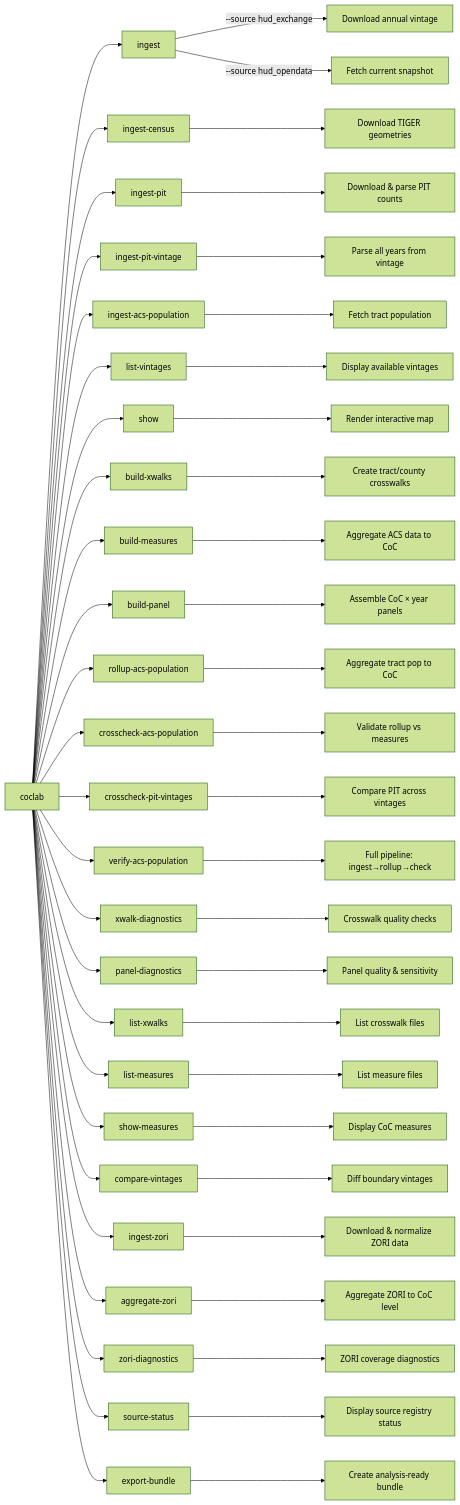
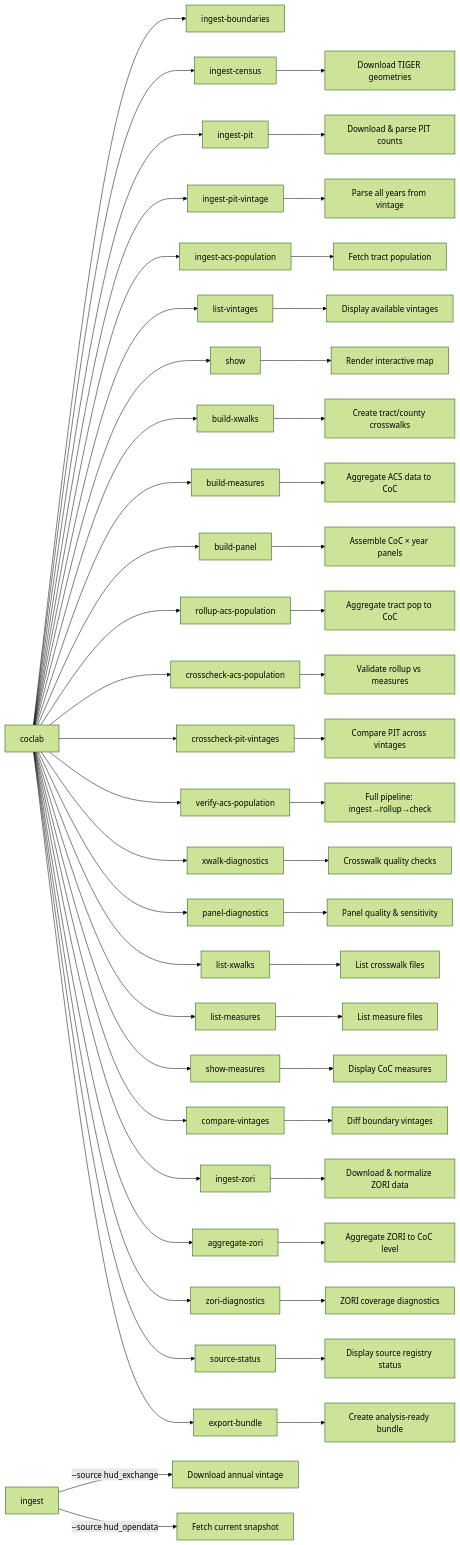
One commit to mlmcconnell1/HHP-Lab changed the fourth of 18 diagrams in manual-obsidian/CoC-Lab-Manual.md. Above: the diagram before and after it, drawn with Mermaid (forest theme). The commit also changed other lines of this file and 7 other files, not shown here.

First line of the commit message:
refactor: Rename ingest command to ingest-boundaries

````diff
--- a/manual-obsidian/CoC-Lab-Manual.md
+++ b/manual-obsidian/CoC-Lab-Manual.md
@@ -277,55 +277,55 @@
 ```mermaid
 flowchart LR
-    coclab --> ingest
+    coclab --> ingest-boundaries
     coclab --> ingest-census
     coclab --> ingest-pit
     coclab --> ingest-pit-vintage
     coclab --> ingest-acs-population
     coclab --> list-vintages
     coclab --> show
     coclab --> build-xwalks
     coclab --> build-measures
     coclab --> build-panel
     coclab --> rollup-acs-population
     coclab --> crosscheck-acs-population
     coclab --> crosscheck-pit-vintages
     coclab --> verify-acs-population
     coclab --> xwalk-diagnostics
     coclab --> panel-diagnostics
     coclab --> list-xwalks
     coclab --> list-measures
     coclab --> show-measures
     coclab --> compare-vintages
     coclab --> ingest-zori
     coclab --> aggregate-zori
     coclab --> zori-diagnostics
     coclab --> source-status
     coclab --> export-bundle
 
     ingest --> |"--source hud_exchange"| HUD_EX[Download annual vintage]
     ingest --> |"--source hud_opendata"| HUD_OD[Fetch current snapshot]
     ingest-census --> TIGER[Download TIGER geometries]
     ingest-pit --> PIT[Download & parse PIT counts]
     ingest-pit-vintage --> PITVINT[Parse all years from vintage]
     ingest-acs-population --> ACSPOP[Fetch tract population]
     list-vintages --> LIST[Display available vintages]
     show --> MAP[Render interactive map]
     build-xwalks --> XWALK[Create tract/county crosswalks]
     build-measures --> MEAS[Aggregate ACS data to CoC]
     build-panel --> PANEL[Assemble CoC × year panels]
     rollup-acs-population --> ROLLUP[Aggregate tract pop to CoC]
     crosscheck-acs-population --> XCHECK[Validate rollup vs measures]
     crosscheck-pit-vintages --> PITXCHECK[Compare PIT across vintages]
     verify-acs-population --> VERIFY[Full pipeline: ingest→rollup→check]
     ingest-zori --> ZORI_ING[Download & normalize ZORI data]
     aggregate-zori --> ZORI_AGG[Aggregate ZORI to CoC level]
     zori-diagnostics --> ZORI_DIAG[ZORI coverage diagnostics]
     xwalk-diagnostics --> DIAG[Crosswalk quality checks]
     panel-diagnostics --> PDIAG[Panel quality & sensitivity]
     list-xwalks --> LXWALK[List crosswalk files]
     list-measures --> LMEAS[List measure files]
     show-measures --> SMEAS[Display CoC measures]
     compare-vintages --> COMP[Diff boundary vintages]
     source-status --> SRCSTAT[Display source registry status]
     export-bundle --> EXPORT[Create analysis-ready bundle]
 ```
````
